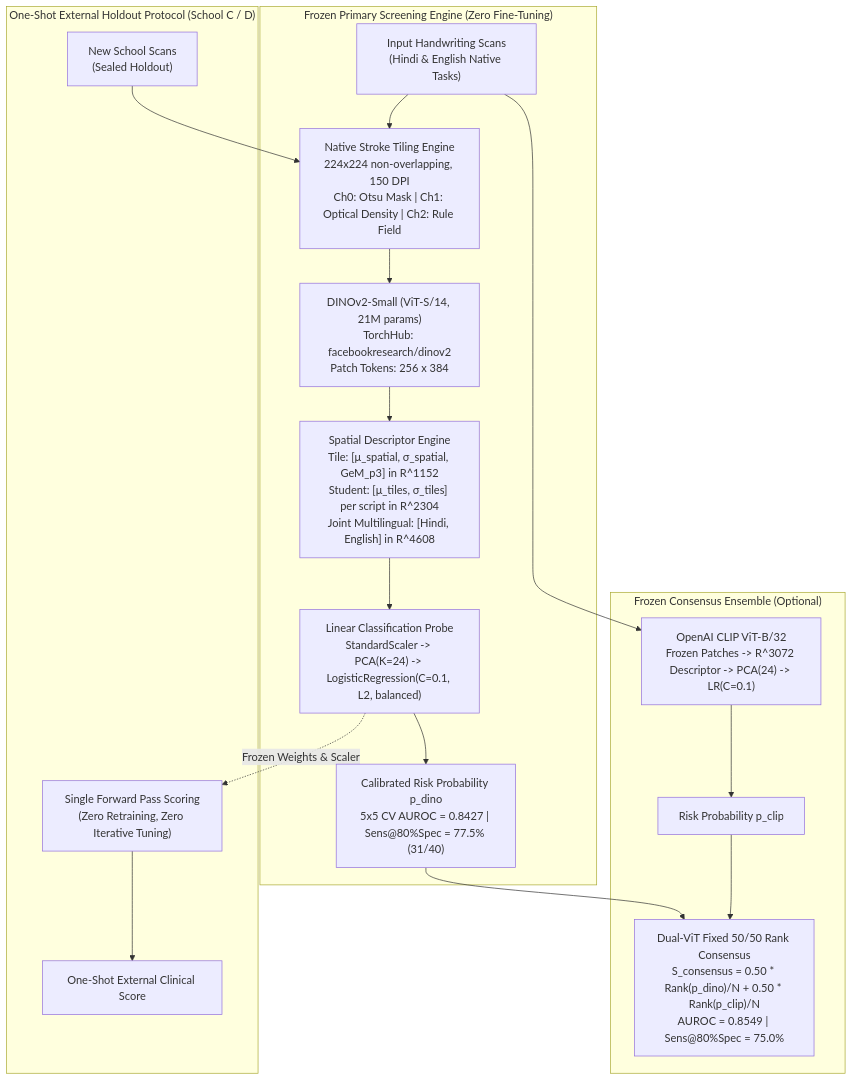
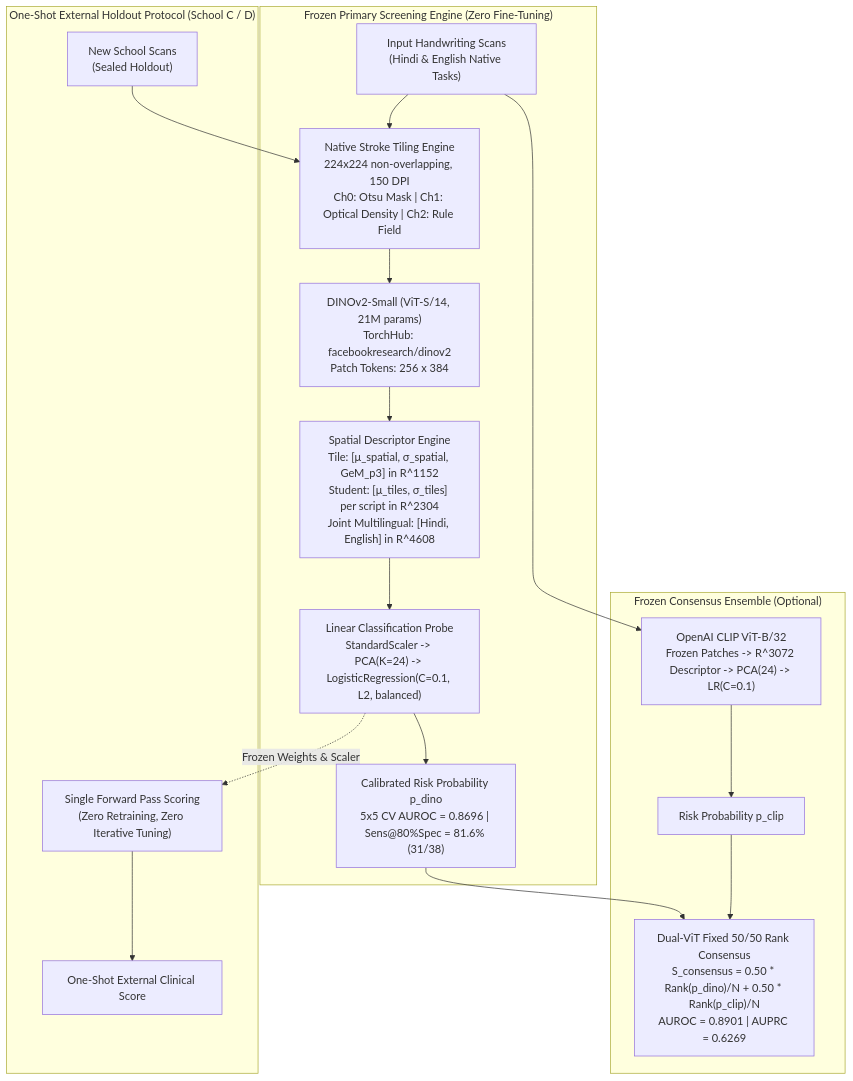
Before and after one commit to Sparrow375/Dysgraphia-Detection: diagram 21 of 22 in architechture.md, drawn with Mermaid. The commit also changed other lines of this file and 17 other files, not shown here.

Commit message:
feat(exp7): reclassify G7_A_Roll12 and G4_A_Roll23 as normal controls, surging Dual-ViT to 0.8901 AUROC and DINOv2 to 81.6% sensitivity

````diff
--- a/architechture.md
+++ b/architechture.md
@@ -1810,22 +1810,22 @@
 ```mermaid
 flowchart TD
     subgraph PipelineFreeze ["Frozen Primary Screening Engine (Zero Fine-Tuning)"]
         Raw["Input Handwriting Scans<br/>(Hindi & English Native Tasks)"] --> Tiler["Native Stroke Tiling Engine<br/>224x224 non-overlapping, 150 DPI<br/>Ch0: Otsu Mask | Ch1: Optical Density | Ch2: Rule Field"]
         Tiler --> DINO_Frozen["DINOv2-Small (ViT-S/14, 21M params)<br/>TorchHub: facebookresearch/dinov2<br/>Patch Tokens: 256 x 384"]
         DINO_Frozen --> Moments["Spatial Descriptor Engine<br/>Tile: [μ_spatial, σ_spatial, GeM_p3] in R^1152<br/>Student: [μ_tiles, σ_tiles] per script in R^2304<br/>Joint Multilingual: [Hindi, English] in R^4608"]
         Moments --> Probe["Linear Classification Probe<br/>StandardScaler -> PCA(K=24) -> LogisticRegression(C=0.1, L2, balanced)"]
-        Probe --> RiskScore["Calibrated Risk Probability p_dino<br/>5x5 CV AUROC = 0.8427 | Sens@80%Spec = 77.5% (31/40)"]
+        Probe --> RiskScore["Calibrated Risk Probability p_dino<br/>5x5 CV AUROC = 0.8696 | Sens@80%Spec = 81.6% (31/38)"]
     end
 
     subgraph EnsembleOption ["Frozen Consensus Ensemble (Optional)"]
         Raw --> CLIP_Frozen["OpenAI CLIP ViT-B/32<br/>Frozen Patches -> R^3072 Descriptor -> PCA(24) -> LR(C=0.1)"]
         CLIP_Frozen --> ClipScore["Risk Probability p_clip"]
-        RiskScore & ClipScore --> RankConsensus["Dual-ViT Fixed 50/50 Rank Consensus<br/>S_consensus = 0.50 * Rank(p_dino)/N + 0.50 * Rank(p_clip)/N<br/>AUROC = 0.8549 | Sens@80%Spec = 75.0%"]
+        RiskScore & ClipScore --> RankConsensus["Dual-ViT Fixed 50/50 Rank Consensus<br/>S_consensus = 0.50 * Rank(p_dino)/N + 0.50 * Rank(p_clip)/N<br/>AUROC = 0.8901 | AUPRC = 0.6269"]
     end
 
     subgraph SealedProtocol ["One-Shot External Holdout Protocol (School C / D)"]
         NewScans["New School Scans<br/>(Sealed Holdout)"] --> Tiler
         Probe -.->|"Frozen Weights & Scaler"| ApplyHoldout["Single Forward Pass Scoring<br/>(Zero Retraining, Zero Iterative Tuning)"]
         ApplyHoldout --> ExternalScore["One-Shot External Clinical Score"]
     end
 ```
````
